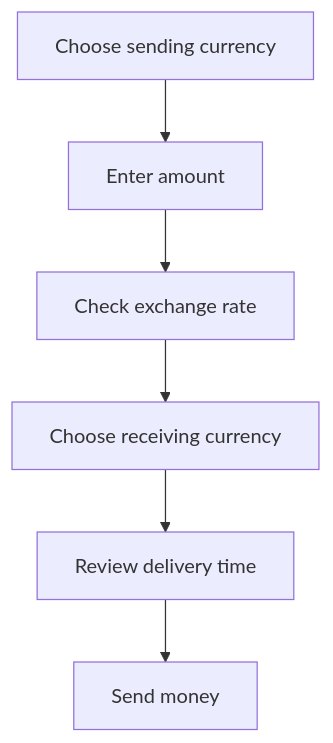
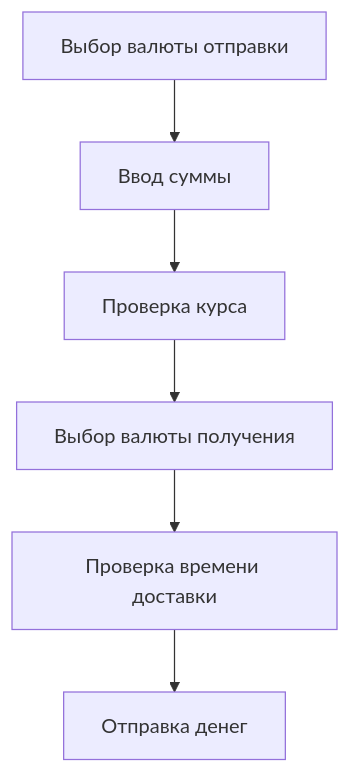
One commit to cr8v-studio/bankir changed the second of 3 diagrams in README.md. Above: the diagram before and after it, drawn with Mermaid. The commit also changed other lines of this file, not shown here.

````diff
--- a/README.md
+++ b/README.md
@@ -49,8 +49,8 @@
 ```mermaid
 flowchart TD
-  A["Choose sending currency"] --> B["Enter amount"]
-  B --> C["Check exchange rate"]
-  C --> D["Choose receiving currency"]
-  D --> E["Review delivery time"]
-  E --> F["Send money"]
+  A["Выбор валюты отправки"] --> B["Ввод суммы"]
+  B --> C["Проверка курса"]
+  C --> D["Выбор валюты получения"]
+  D --> E["Проверка времени доставки"]
+  E --> F["Отправка денег"]
 ```
````
